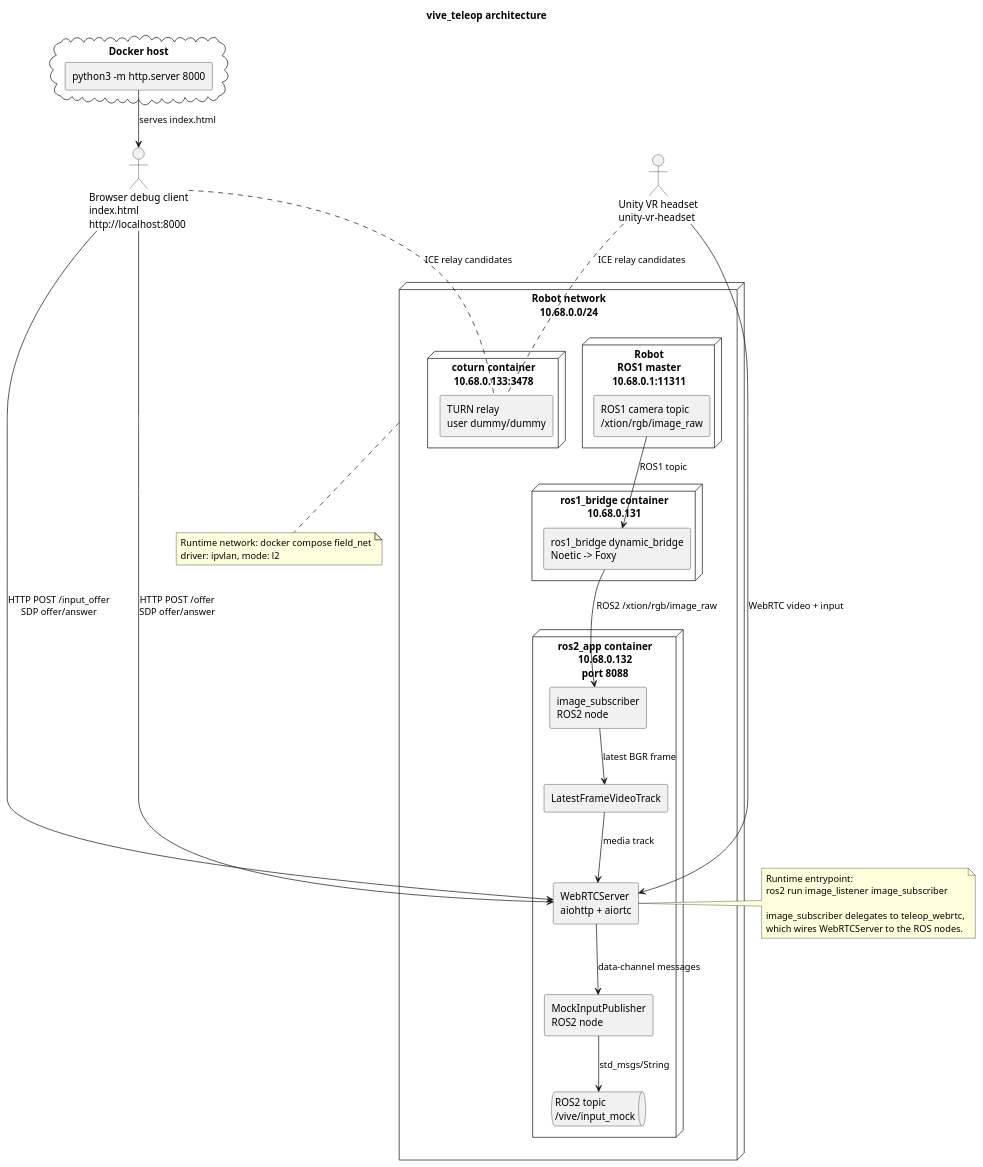
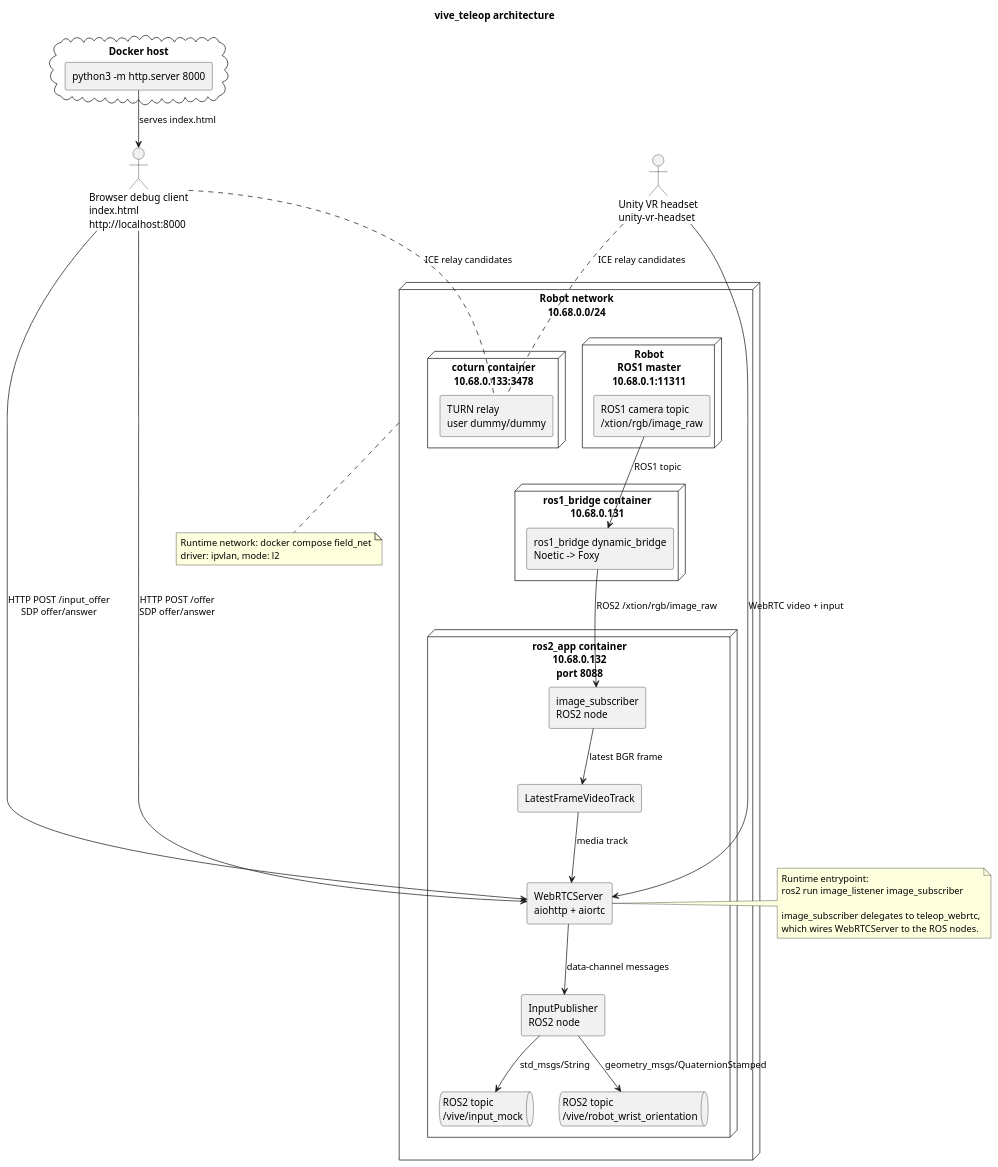
Before and after one commit to ichores-research/vive_teleop: the diagram in architecture.puml, drawn with PlantUML. The commit also changed 9 other files, not shown here.

```diff
--- a/architecture.puml
+++ b/architecture.puml
@@ -1,65 +1,67 @@
 @startuml
 title vive_teleop architecture
 
 skinparam componentStyle rectangle
 skinparam shadowing false
 skinparam defaultFontName Monospace
 
 actor "Browser debug client\nindex.html\nhttp://localhost:8000" as Browser
 actor "Unity VR headset\nunity-vr-headset" as Unity
 
 node "Robot network\n10.68.0.0/24" as Net {
   node "Robot\nROS1 master\n10.68.0.1:11311" as Robot {
     component "ROS1 camera topic\n/xtion/rgb/image_raw" as Ros1Camera
   }
 
   node "ros1_bridge container\n10.68.0.131" as Bridge {
     component "ros1_bridge dynamic_bridge\nNoetic -> Foxy" as DynamicBridge
   }
 
   node "ros2_app container\n10.68.0.132\nport 8088" as Ros2App {
     component "image_subscriber\nROS2 node" as ImageSubscriber
     component "LatestFrameVideoTrack" as VideoTrack
     component "WebRTCServer\naiohttp + aiortc" as WebRTCServer
-    component "MockInputPublisher\nROS2 node" as InputPublisher
+    component "InputPublisher\nROS2 node" as InputPublisher
     queue "ROS2 topic\n/vive/input_mock" as InputTopic
+    queue "ROS2 topic\n/vive/robot_wrist_orientation" as WristTopic
   }
 
   node "coturn container\n10.68.0.133:3478" as Coturn {
     component "TURN relay\nuser dummy/dummy" as TurnRelay
   }
 }
 
 cloud "Docker host" as Host {
   component "python3 -m http.server 8000" as StaticServer
 }
 
 Ros1Camera --> DynamicBridge : ROS1 topic
 DynamicBridge --> ImageSubscriber : ROS2 /xtion/rgb/image_raw
 ImageSubscriber --> VideoTrack : latest BGR frame
 VideoTrack --> WebRTCServer : media track
 WebRTCServer --> InputPublisher : data-channel messages
 InputPublisher --> InputTopic : std_msgs/String
+InputPublisher --> WristTopic : geometry_msgs/QuaternionStamped
 
 StaticServer --> Browser : serves index.html
 Browser --> WebRTCServer : HTTP POST /offer\nSDP offer/answer
 Browser --> WebRTCServer : HTTP POST /input_offer\nSDP offer/answer
 Browser .. TurnRelay : ICE relay candidates
 
 Unity --> WebRTCServer : WebRTC video + input
 Unity .. TurnRelay : ICE relay candidates
 
 note right of WebRTCServer
   Runtime entrypoint:
   ros2 run image_listener image_subscriber
 
   image_subscriber delegates to teleop_webrtc,
   which wires WebRTCServer to the ROS nodes.
 end note
 
 note bottom of Net
   Runtime network: docker compose field_net
   driver: ipvlan, mode: l2
 end note
 
 @enduml
```
